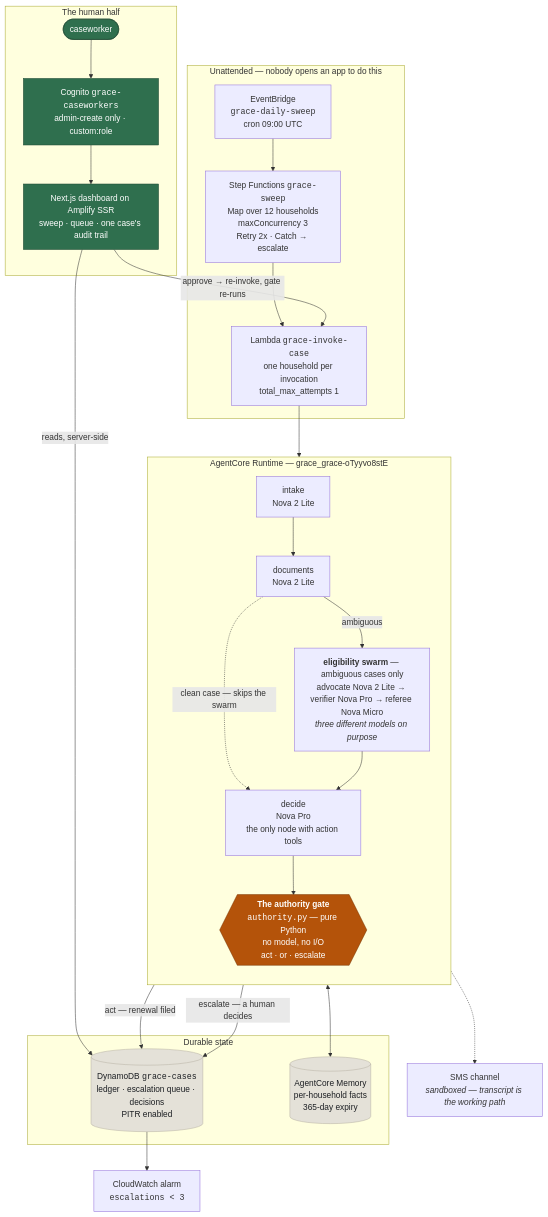
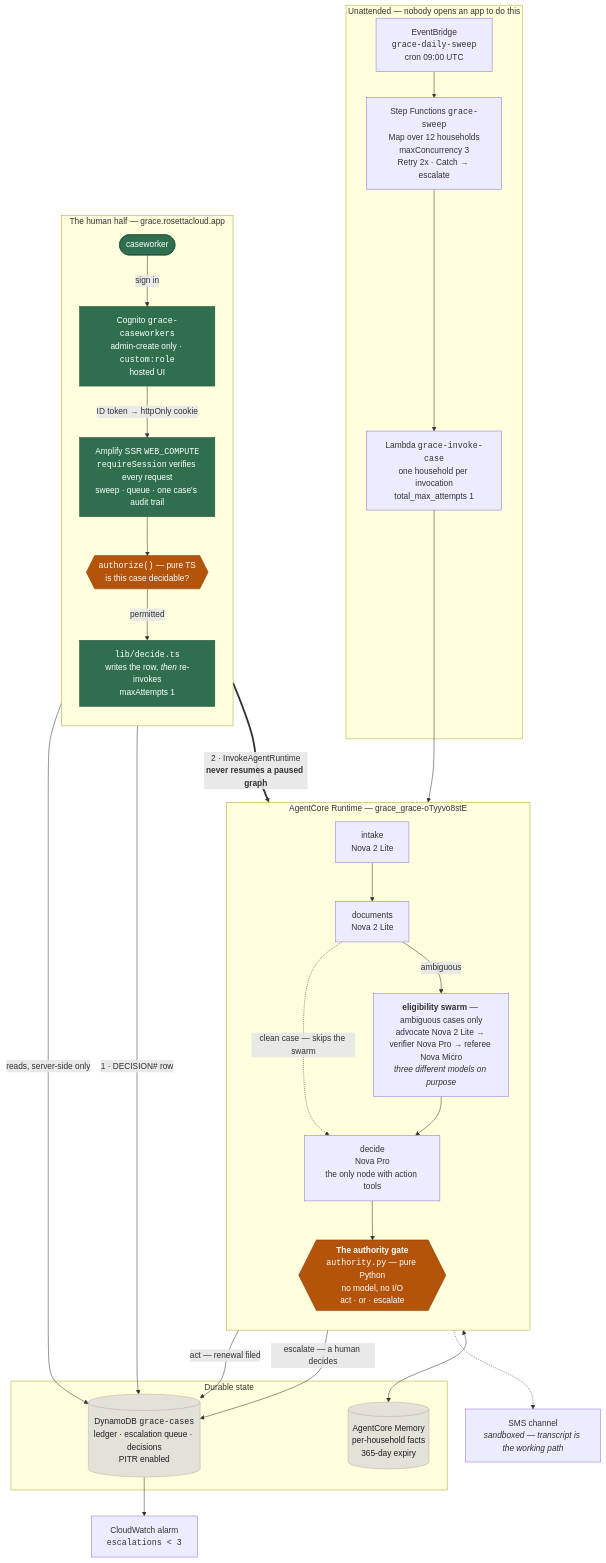
Before and after one commit to mohamedsorour1998/Grace: the diagram in docs/architecture.md, drawn with Mermaid. The commit also changed other lines of this file and 4 other files, not shown here.

````diff
--- a/docs/architecture.md
+++ b/docs/architecture.md
@@ -13,55 +13,61 @@
 ```mermaid
 flowchart TB
     subgraph trigger["Unattended — nobody opens an app to do this"]
         EB["EventBridge<br/><code>grace-daily-sweep</code><br/>cron 09:00 UTC"]
         SFN["Step Functions <code>grace-sweep</code><br/>Map over 12 households<br/>maxConcurrency 3<br/>Retry 2x · Catch → escalate"]
         LAM["Lambda <code>grace-invoke-case</code><br/>one household per invocation<br/>total_max_attempts 1"]
     end
 
     subgraph runtime["AgentCore Runtime — grace_grace-oTyyvo8stE"]
         direction TB
         GATE{{"<b>The authority gate</b><br/><code>authority.py</code> — pure Python<br/>no model, no I/O<br/>act · or · escalate"}}
         INTAKE["intake<br/>Nova 2 Lite"]
         DOCS["documents<br/>Nova 2 Lite"]
         SWARM["<b>eligibility swarm</b> — ambiguous cases only<br/>advocate Nova 2 Lite → verifier Nova Pro → referee Nova Micro<br/><i>three different models on purpose</i>"]
         DECIDE["decide<br/>Nova Pro<br/>the only node with action tools"]
     end
 
     subgraph state["Durable state"]
         DDB[("DynamoDB <code>grace-cases</code><br/>ledger · escalation queue · decisions<br/>PITR enabled")]
         MEM[("AgentCore Memory<br/>per-household facts<br/>365-day expiry")]
     end
 
-    subgraph human["The human half"]
-        DASH["Next.js dashboard on Amplify SSR<br/>sweep · queue · one case's audit trail"]
-        COG["Cognito <code>grace-caseworkers</code><br/>admin-create only · custom:role"]
+    subgraph human["The human half — grace.rosettacloud.app"]
+        direction TB
         CW(["caseworker"])
+        COG["Cognito <code>grace-caseworkers</code><br/>admin-create only · <code>custom:role</code><br/>hosted UI"]
+        SSR["Amplify SSR <code>WEB_COMPUTE</code><br/><code>requireSession</code> verifies every request<br/>sweep · queue · one case's audit trail"]
+        AUTHZ{{"<code>authorize()</code> — pure TS<br/>is this case decidable?"}}
+        DEC["<code>lib/decide.ts</code><br/>writes the row, <i>then</i> re-invokes<br/>maxAttempts 1"]
     end
 
     ALARM["CloudWatch alarm<br/><code>escalations &lt; 3</code>"]
     SMS["SMS channel<br/><i>sandboxed — transcript is the working path</i>"]
 
     EB --> SFN --> LAM --> INTAKE
     INTAKE --> DOCS
     DOCS -->|"ambiguous"| SWARM
     DOCS -.->|"clean case — skips the swarm"| DECIDE
     SWARM --> DECIDE
     DECIDE --> GATE
     GATE -->|"act — renewal filed"| DDB
     GATE -->|"escalate — a human decides"| DDB
     DECIDE -.-> SMS
     DECIDE <--> MEM
     DDB --> ALARM
 
-    CW --> COG
-    COG --> DASH
-    DASH -->|"reads, server-side"| DDB
-    DASH -->|"approve → re-invoke, gate re-runs"| LAM
+    CW -->|"sign in"| COG
+    COG -->|"ID token → httpOnly cookie"| SSR
+    SSR -->|"reads, server-side only"| DDB
+    SSR --> AUTHZ
+    AUTHZ -->|"permitted"| DEC
+    DEC -->|"1 · DECISION# row"| DDB
+    DEC ==>|"2 · InvokeAgentRuntime<br/><b>never resumes a paused graph</b>"| DECIDE
 
     classDef gate fill:#B4530A,stroke:#7a3806,color:#fff
     classDef store fill:#E4E1D8,stroke:#b8b3a5,color:#1C1F23
     classDef human fill:#2F6F4E,stroke:#1f4a34,color:#fff
-    class GATE gate
+    class GATE,AUTHZ gate
     class DDB,MEM store
-    class CW,COG,DASH human
+    class CW,COG,SSR,DEC human
 ```
````
